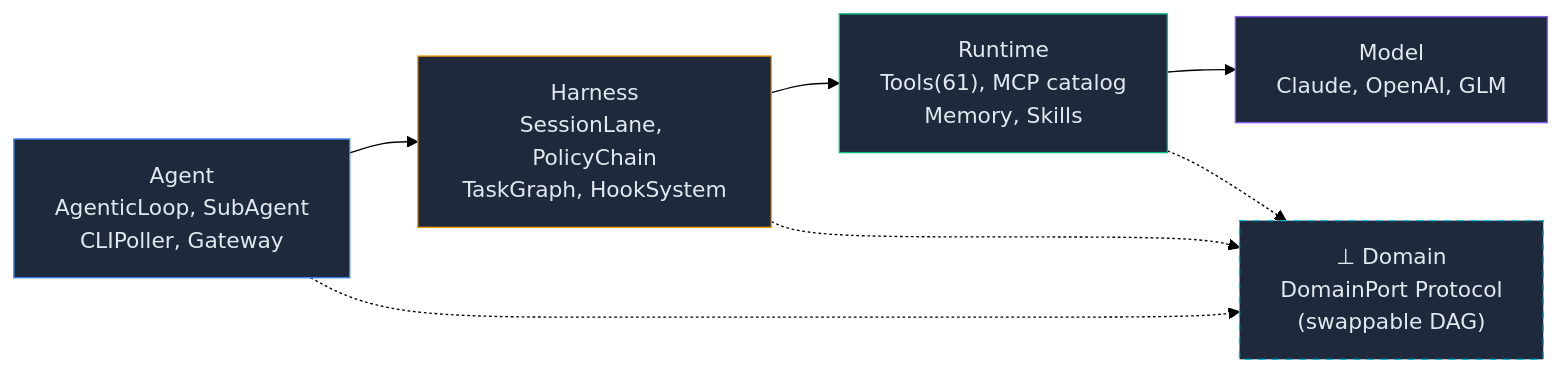
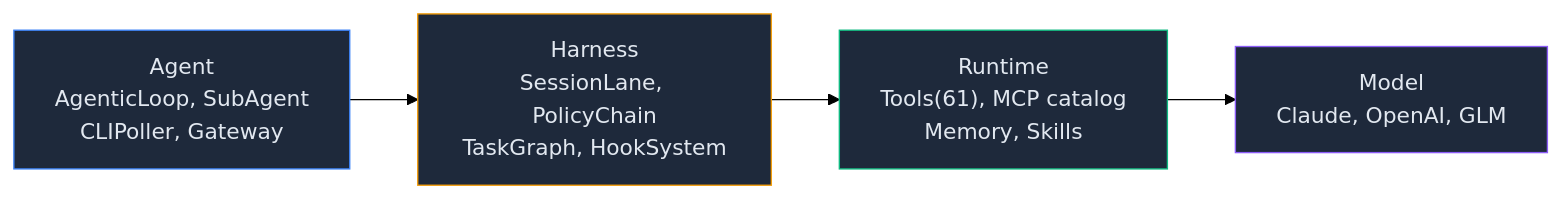
Before and after one commit to mangowhoiscloud/geode: the diagram in README.ko.md, drawn with Mermaid (forest theme). The commit also changed other lines of this file and 70 other files, not shown here.

Commit message:
refactor: remove domain port boundary

````diff
--- a/README.ko.md
+++ b/README.ko.md
@@ -392,16 +391,11 @@
 ```mermaid
 graph LR
     AG["Agent<br/>AgenticLoop, SubAgent<br/>CLIPoller, Gateway"] --> HA["Harness<br/>SessionLane, PolicyChain<br/>TaskGraph, HookSystem"]
     HA --> RT["Runtime<br/>Tools(61), MCP catalog<br/>Memory, Skills"]
     RT --> MD["Model<br/>Claude, OpenAI, GLM"]
 
-    AG -.-> DP["⊥ Domain<br/>DomainPort Protocol<br/>(swappable DAG)"]
-    HA -.-> DP
-    RT -.-> DP
-
     style AG fill:#1e293b,stroke:#3b82f6,color:#e2e8f0
     style HA fill:#1e293b,stroke:#f59e0b,color:#e2e8f0
     style RT fill:#1e293b,stroke:#10b981,color:#e2e8f0
     style MD fill:#1e293b,stroke:#8b5cf6,color:#e2e8f0
-    style DP fill:#1e293b,stroke:#06b6d4,color:#e2e8f0,stroke-dasharray: 5 5
 ```
````
